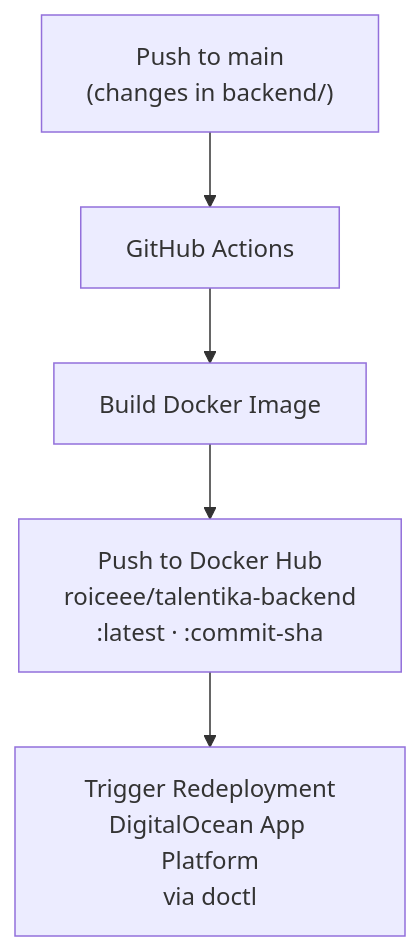
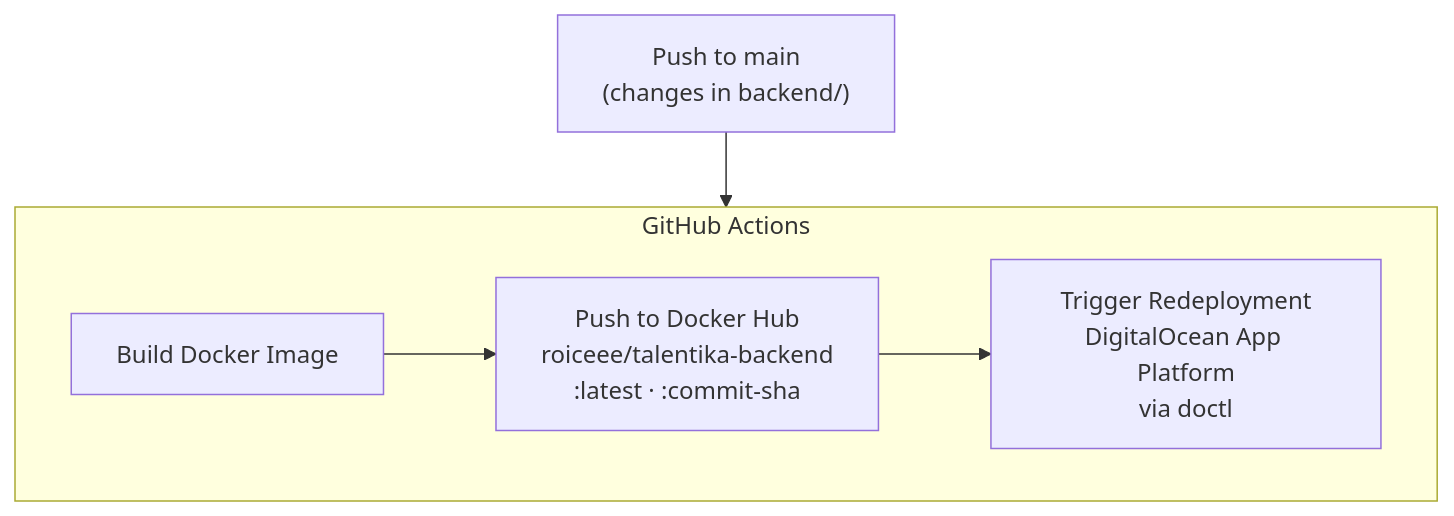
The diagram in documentation/deployment-diagram.md (roiceee/talentika), drawn with Mermaid before and after one commit.

Commit message:
docs: move build steps inside GitHub Actions subgraph

````diff
--- a/documentation/deployment-diagram.md
+++ b/documentation/deployment-diagram.md
@@ -3,11 +3,14 @@
 ```mermaid
 flowchart TD
     PUSH["Push to main\n(changes in backend/)"]
-    GHA["GitHub Actions"]
 
     PUSH --> GHA
 
-    GHA --> BUILD["Build Docker Image"]
-    BUILD --> DOCKERHUB["Push to Docker Hub\nroiceee/talentika-backend\n:latest · :commit-sha"]
-    DOCKERHUB --> DEPLOY["Trigger Redeployment\nDigitalOcean App Platform\nvia doctl"]
+    subgraph GHA["GitHub Actions"]
+        BUILD["Build Docker Image"]
+        DOCKERHUB["Push to Docker Hub\nroiceee/talentika-backend\n:latest · :commit-sha"]
+        DEPLOY["Trigger Redeployment\nDigitalOcean App Platform\nvia doctl"]
+
+        BUILD --> DOCKERHUB --> DEPLOY
+    end
 ```
````
